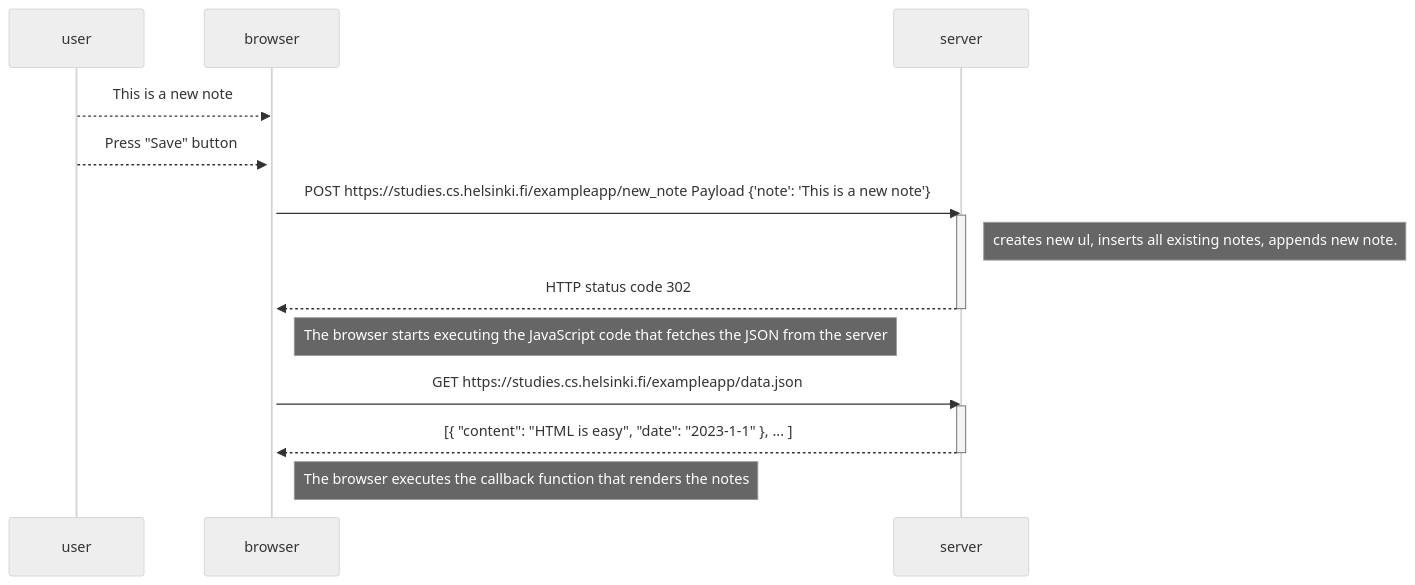
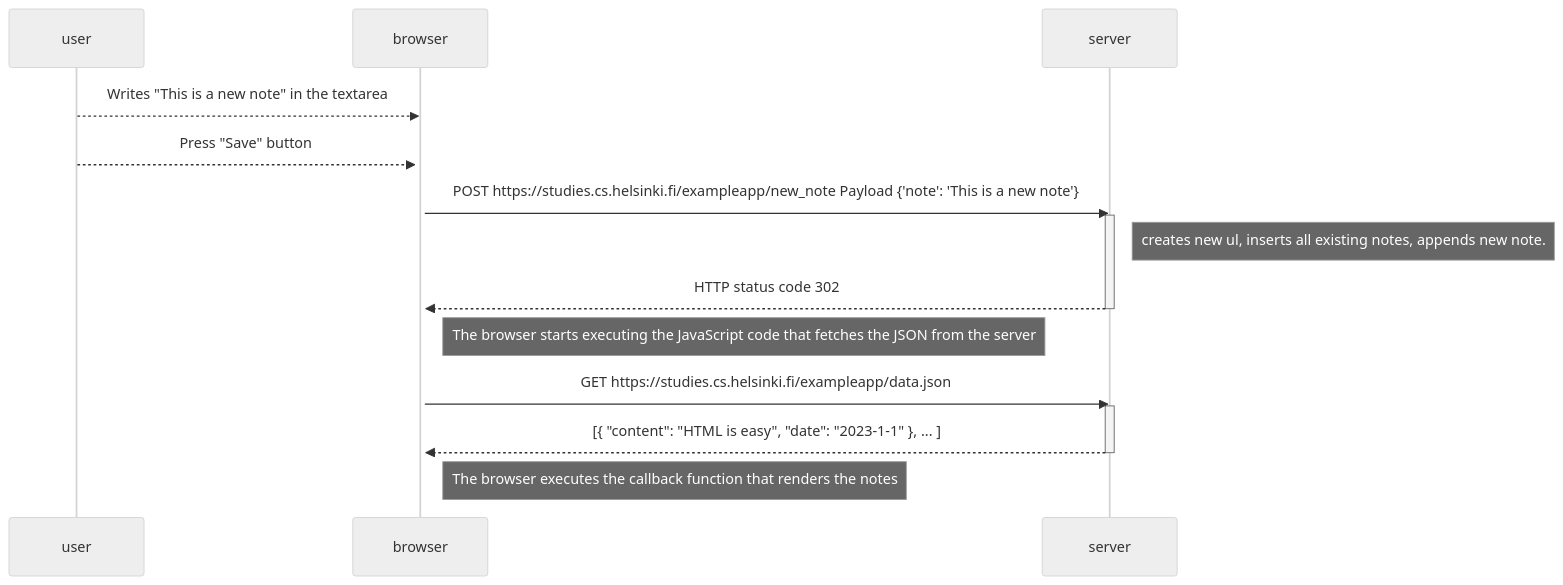
One commit to Hebelag/fullstackopen changed the diagram in 0/0.4.md. Above: the diagram before and after it, drawn with Mermaid (neutral theme).

Commit message:
Updated user input

````diff
--- a/0/0.4.md
+++ b/0/0.4.md
@@ -1,24 +1,24 @@
 ```mermaid
 sequenceDiagram
     participant user
     participant browser
     participant server
 
-    user-->>browser: This is a new note
+    user-->>browser: Writes "This is a new note" in the textarea
     activate browser
     user-->>browser: Press "Save" button
     browser->>server: POST https://studies.cs.helsinki.fi/exampleapp/new_note Payload {'note': 'This is a new note'}
     activate server
     Note right of server: creates new ul, inserts all existing notes, appends new note.
     server-->>browser: HTTP status code 302
     deactivate server
 
     Note right of browser: The browser starts executing the JavaScript code that fetches the JSON from the server
 
     browser->>server: GET https://studies.cs.helsinki.fi/exampleapp/data.json
     activate server
     server-->>browser: [{ "content": "HTML is easy", "date": "2023-1-1" }, ... ]
     deactivate server
 
     Note right of browser: The browser executes the callback function that renders the notes
 ```
````
